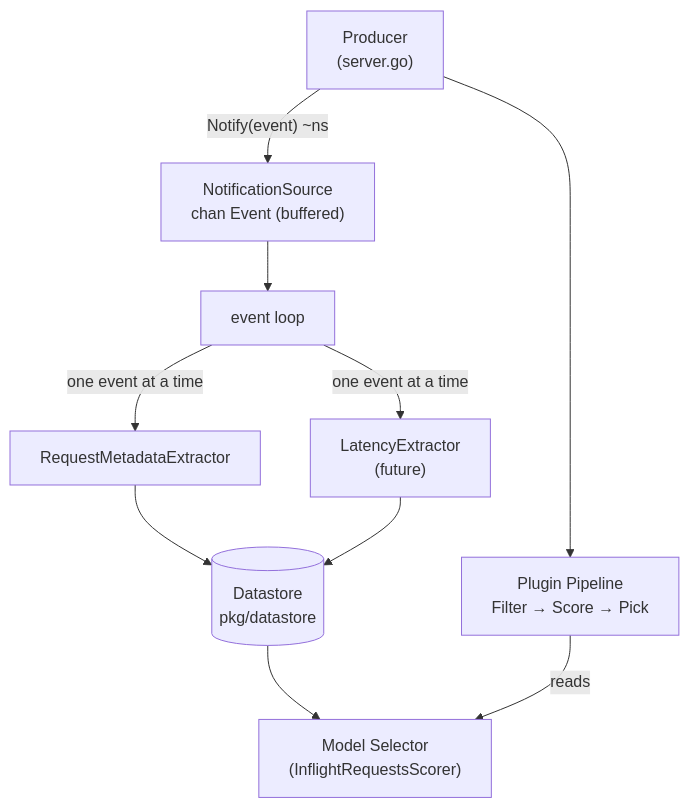
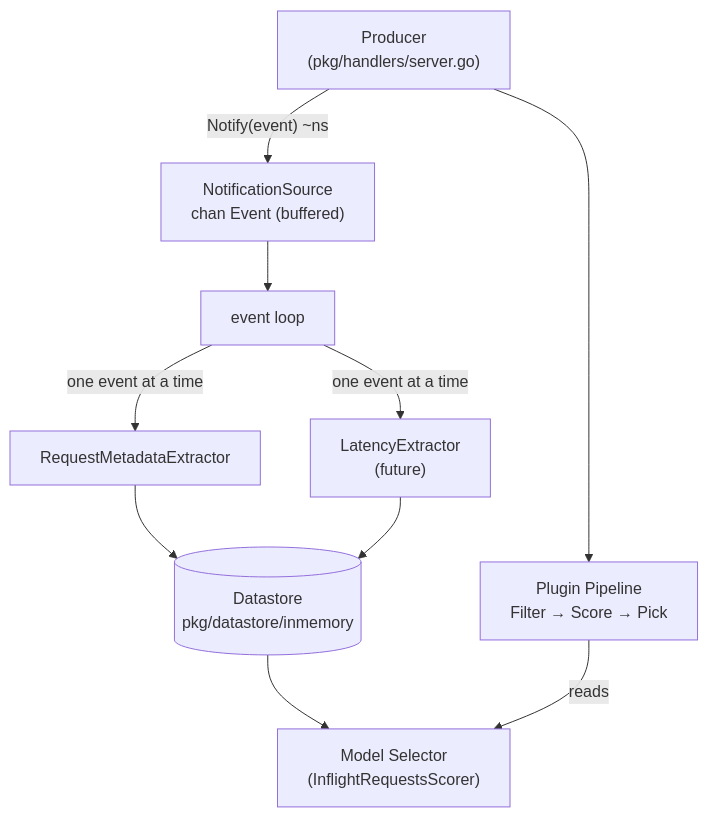
One commit to ronenkat/llm-d-inference-payload-processor changed the diagram in docs/proposals/data-layer-proposal/README.md. Above: the diagram before and after it, drawn with Mermaid. The commit also changed other lines of this file, not shown here.

````diff
--- a/docs/proposals/data-layer-proposal/README.md
+++ b/docs/proposals/data-layer-proposal/README.md
@@ -28,21 +28,21 @@
 ```mermaid
 flowchart TD
-    P["Producer\n(server.go)"]
+    P["Producer\n(pkg/handlers/server.go)"]
     PP["Plugin Pipeline\nFilter → Score → Pick"]
     NS["NotificationSource\nchan Event  (buffered)"]
     EL["event loop"]
     ExtA["RequestMetadataExtractor"]
     ExtB["LatencyExtractor\n(future)"]
-    DS[("Datastore\npkg/datastore")]
+    DS[("Datastore\npkg/datastore/inmemory")]
     MS["Model Selector\n(InflightRequestsScorer)"]
 
     P -->|"Notify(event)  ~ns"| NS
     P --> PP
     NS --> EL
     EL -->|"one event at a time"| ExtA
     EL -->|"one event at a time"| ExtB
     ExtA --> DS
     ExtB --> DS
     DS --> MS
     PP -->|reads| MS
 ```
````
